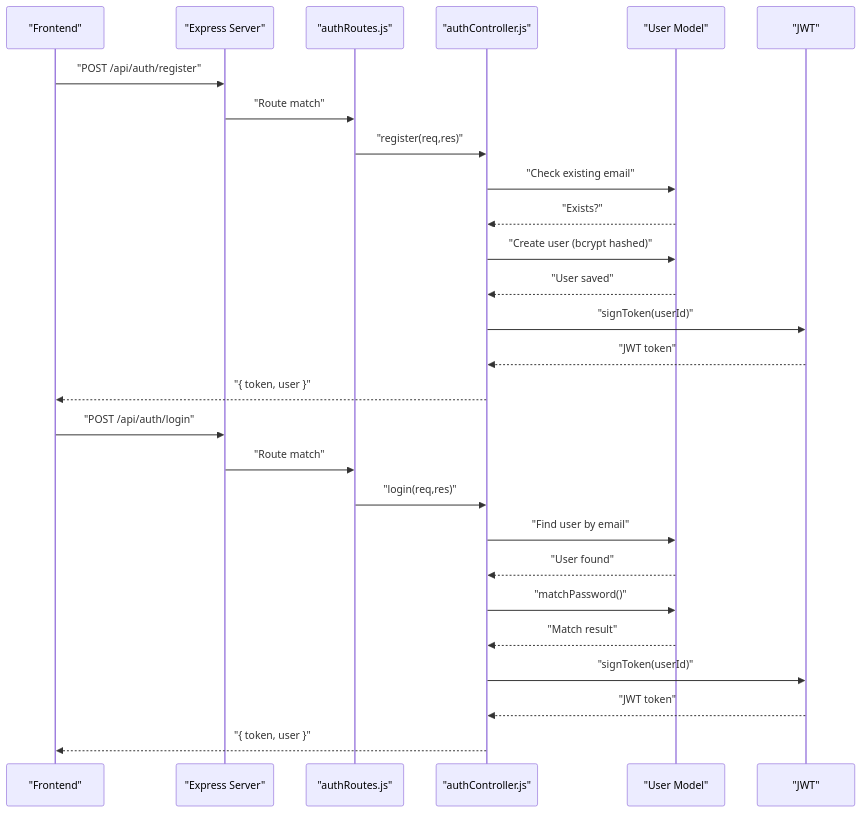
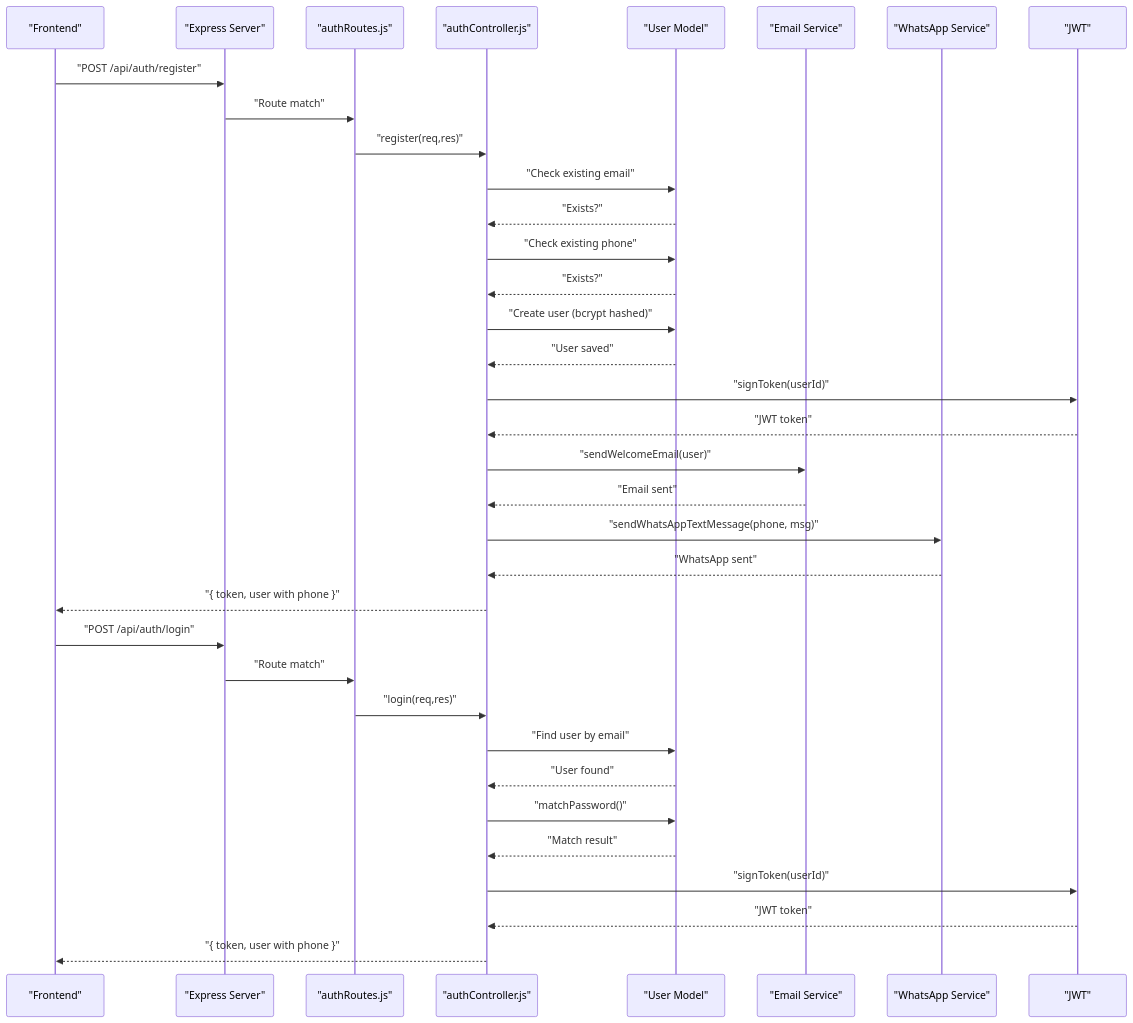
The second of 4 diagrams in .qoder/repowiki/en/content/Backend API Documentation/Authentication API.md (Pavan-PSPK9032/TrendsandToss), drawn with Mermaid before and after one commit. The commit also changed other lines of this file and 16 other files, not shown here.

````diff
--- a/.qoder/repowiki/en/content/Backend API Documentation/Authentication API.md
+++ b/.qoder/repowiki/en/content/Backend API Documentation/Authentication API.md
@@ -102,29 +125,37 @@
 ```mermaid
 sequenceDiagram
 participant FE as "Frontend"
 participant API as "Express Server"
 participant AuthR as "authRoutes.js"
 participant AuthC as "authController.js"
 participant UserM as "User Model"
+participant Email as "Email Service"
+participant WhatsApp as "WhatsApp Service"
 participant JWT as "JWT"
 FE->>API : "POST /api/auth/register"
 API->>AuthR : "Route match"
 AuthR->>AuthC : "register(req,res)"
 AuthC->>UserM : "Check existing email"
 UserM-->>AuthC : "Exists?"
+AuthC->>UserM : "Check existing phone"
+UserM-->>AuthC : "Exists?"
 AuthC->>UserM : "Create user (bcrypt hashed)"
 UserM-->>AuthC : "User saved"
 AuthC->>JWT : "signToken(userId)"
 JWT-->>AuthC : "JWT token"
-AuthC-->>FE : "{ token, user }"
+AuthC->>Email : "sendWelcomeEmail(user)"
+Email-->>AuthC : "Email sent"
+AuthC->>WhatsApp : "sendWhatsAppTextMessage(phone, msg)"
+WhatsApp-->>AuthC : "WhatsApp sent"
+AuthC-->>FE : "{ token, user with phone }"
 FE->>API : "POST /api/auth/login"
 API->>AuthR : "Route match"
 AuthR->>AuthC : "login(req,res)"
 AuthC->>UserM : "Find user by email"
 UserM-->>AuthC : "User found"
 AuthC->>UserM : "matchPassword()"
 UserM-->>AuthC : "Match result"
 AuthC->>JWT : "signToken(userId)"
 JWT-->>AuthC : "JWT token"
-AuthC-->>FE : "{ token, user }"
+AuthC-->>FE : "{ token, user with phone }"
 ```
````
